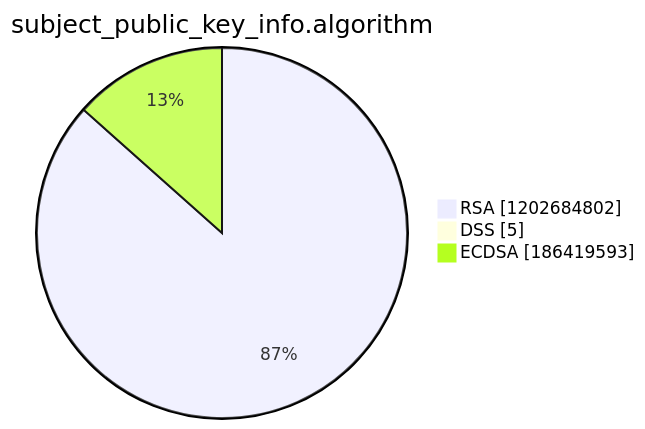
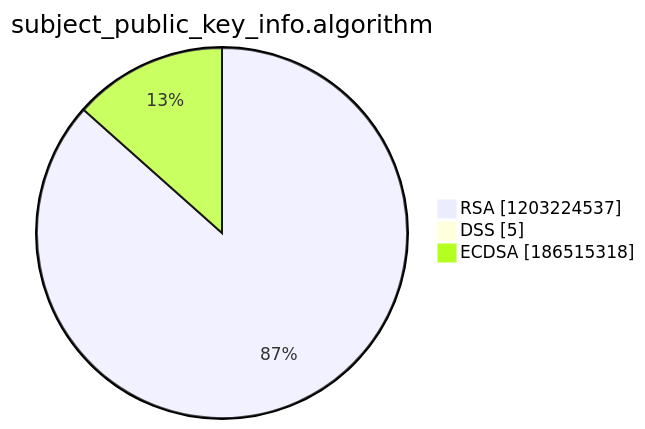
One commit to christiankrug/ctmonitor_visualization changed the third of 15 diagrams in argon2022/README.md. Above: the diagram before and after it, drawn with Mermaid. The commit also changed other lines of this file, not shown here.

````diff
--- a/argon2022/README.md
+++ b/argon2022/README.md
@@ -14,7 +14,7 @@
 ```mermaid
 pie showData
 title subject_public_key_info.algorithm
-"RSA" :1202684802
+"RSA" :1203224537
 "DSS" :5
-"ECDSA" :186419593
+"ECDSA" :186515318
 ```
````
